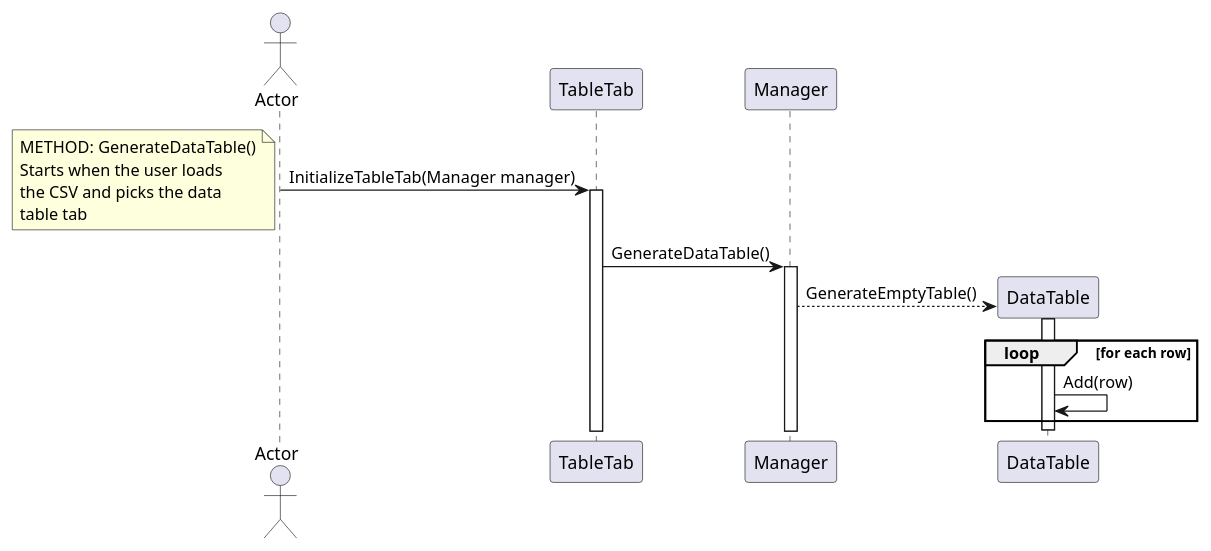
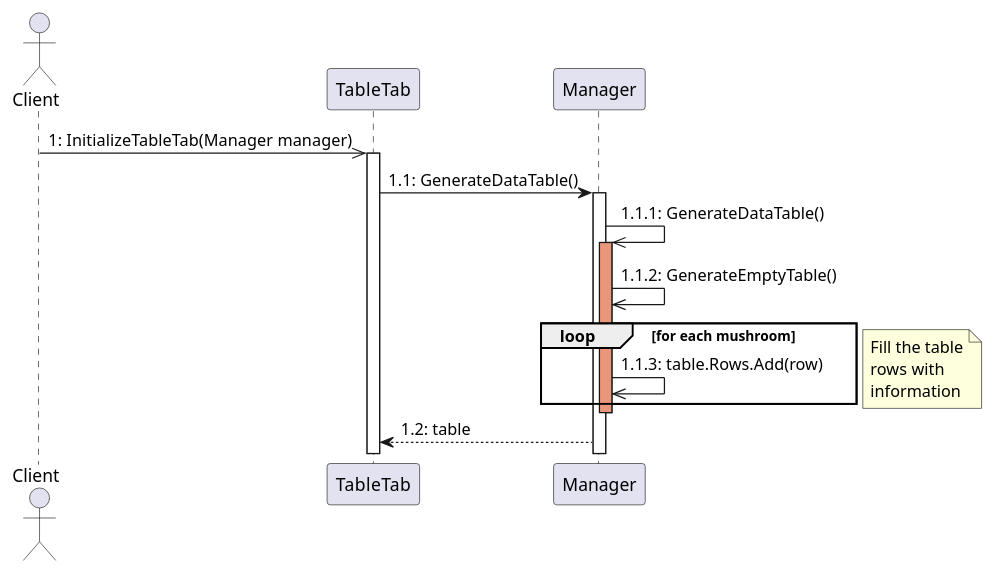
The diagram in FungiParadise/Doc/seq1generateDataTable.wsd (Esarac/FungiParadise), drawn with PlantUML before and after one commit. The commit also changed 1 other file, not shown here.

Commit message:
Added seq 1 and seq 2 WSD and PLANTUML
they are now corrected

```diff
--- a/FungiParadise/Doc/seq1generateDataTable.wsd
+++ b/FungiParadise/Doc/seq1generateDataTable.wsd
@@ -1,29 +1,33 @@
 @startuml Sequence1
 
-actor Actor
+actor Client
 
-Actor -> TableTab : InitializeTableTab(Manager manager)
+Client ->> TableTab : 1: InitializeTableTab(Manager manager)
 activate TableTab
 
-note left 
-METHOD: GenerateDataTable()
-Starts when the user loads
-the CSV and picks the data
-table tab 
+
+
+TableTab -> Manager : 1.1: GenerateDataTable()
+activate Manager
+
+Manager ->> Manager : 1.1.1: GenerateDataTable()
+activate Manager #DarkSalmon
+
+Manager ->> Manager : 1.1.2: GenerateEmptyTable()
+
+loop for each mushroom
+Manager ->> Manager : 1.1.3: table.Rows.Add(row)
+end
+
+
+note right 
+Fill the table
+rows with
+information
 end note
 
-TableTab -> Manager : GenerateDataTable()
-activate Manager
+deactivate Manager
 
-create DataTable
-Manager --> DataTable : GenerateEmptyTable()
-activate DataTable
-
-
-loop for each row 
-DataTable -> DataTable : Add(row)
-end
-
-deactivate DataTable
+Manager --> TableTab : 1.2: table
 
 @enduml
```
